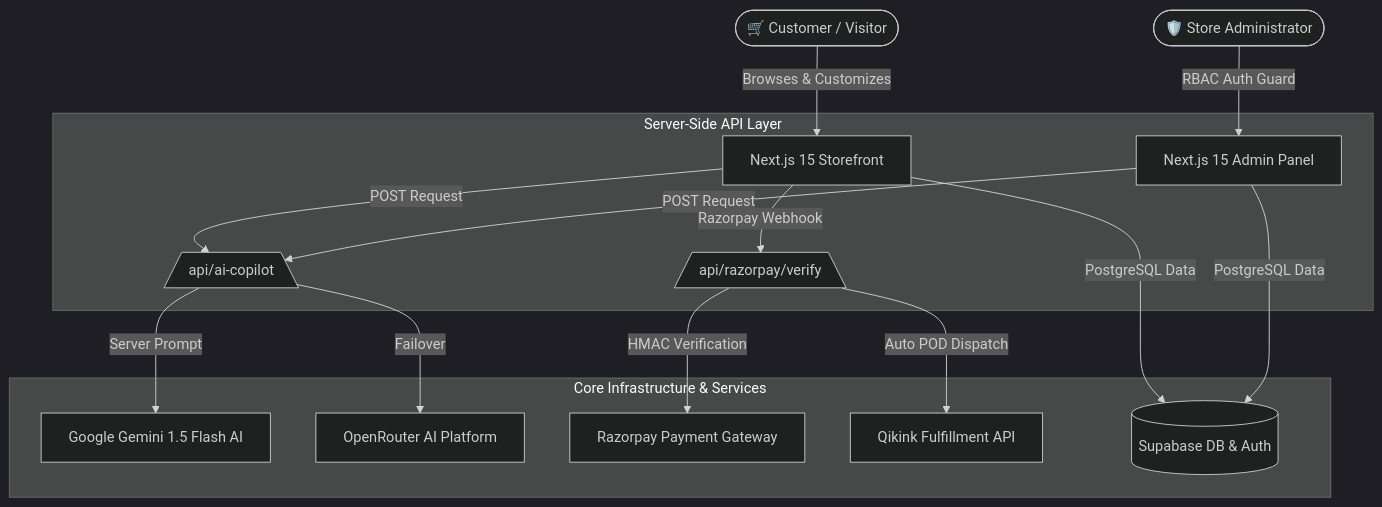
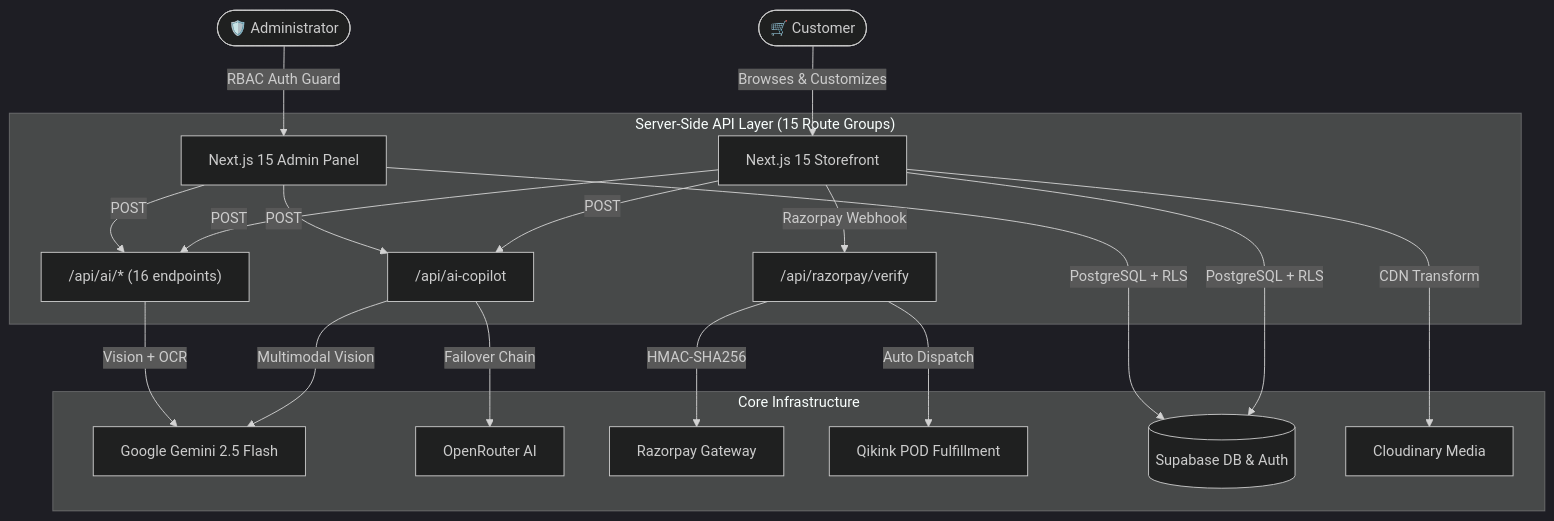
Before and after one commit to Sohan-DevSpace/SohanCanSolo: the diagram in README.md, drawn with Mermaid (dark theme). The commit also changed other lines of this file, not shown here.

Commit message:
docs: polish README for hackathon — Gemini 2.5 Flash, 16+ AI endpoints, full page directory, accurate architecture

````diff
--- a/README.md
+++ b/README.md
@@ -183,20 +205,24 @@
 ```mermaid
 graph TD
-    User([🛒 Customer / Visitor]) -->|Browses & Customizes| NextApp[Next.js 15 Storefront]
-    Admin([🛡️ Store Administrator]) -->|RBAC Auth Guard| AdminPanel[Next.js 15 Admin Panel]
+    User(["🛒 Customer"]) -->|Browses & Customizes| NextApp["Next.js 15 Storefront"]
+    Admin(["🛡️ Administrator"]) -->|RBAC Auth Guard| AdminPanel["Next.js 15 Admin Panel"]
     
-    subgraph Server-Side API Layer
-        NextApp -->|POST Request| AICopilot[/api/ai-copilot\]
-        AdminPanel -->|POST Request| AICopilot
-        NextApp -->|Razorpay Webhook| VerifyAPI[/api/razorpay/verify\]
+    subgraph "Server-Side API Layer (15 Route Groups)"
+        NextApp -->|POST| AICopilot["/api/ai-copilot"]
+        NextApp -->|POST| AIEndpoints["/api/ai/* (16 endpoints)"]
+        AdminPanel -->|POST| AICopilot
+        AdminPanel -->|POST| AIEndpoints
+        NextApp -->|Razorpay Webhook| VerifyAPI["/api/razorpay/verify"]
     end
 
-    subgraph Core Infrastructure & Services
-        AICopilot -->|Server Prompt| Gemini[Google Gemini 1.5 Flash AI]
-        AICopilot -->|Failover| OpenRouter[OpenRouter AI Platform]
-        VerifyAPI -->|HMAC Verification| Razorpay[Razorpay Payment Gateway]
-        VerifyAPI -->|Auto POD Dispatch| Qikink[Qikink Fulfillment API]
-        NextApp -->|PostgreSQL Data| Supabase[(Supabase DB & Auth)]
-        AdminPanel -->|PostgreSQL Data| Supabase
+    subgraph "Core Infrastructure"
+        AICopilot -->|Multimodal Vision| Gemini["Google Gemini 2.5 Flash"]
+        AIEndpoints -->|Vision + OCR| Gemini
+        AICopilot -->|Failover Chain| OpenRouter["OpenRouter AI"]
+        VerifyAPI -->|HMAC-SHA256| Razorpay["Razorpay Gateway"]
+        VerifyAPI -->|Auto Dispatch| Qikink["Qikink POD Fulfillment"]
+        NextApp -->|PostgreSQL + RLS| Supabase[("Supabase DB & Auth")]
+        AdminPanel -->|PostgreSQL + RLS| Supabase
+        NextApp -->|CDN Transform| Cloudinary["Cloudinary Media"]
     end
 ```
````
